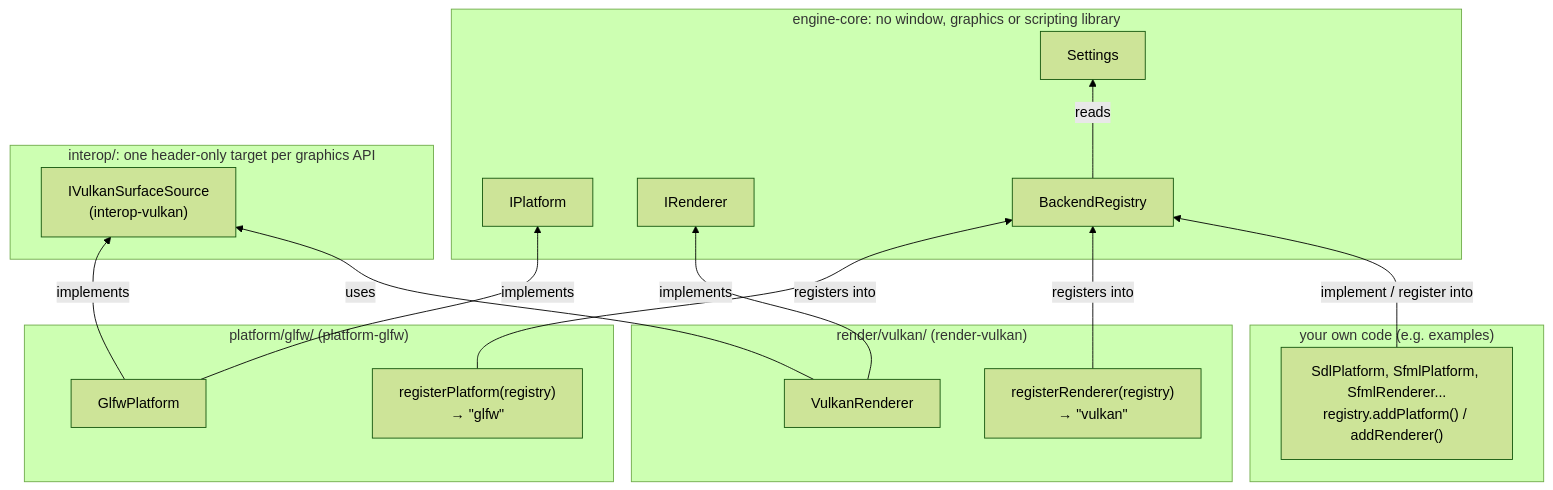
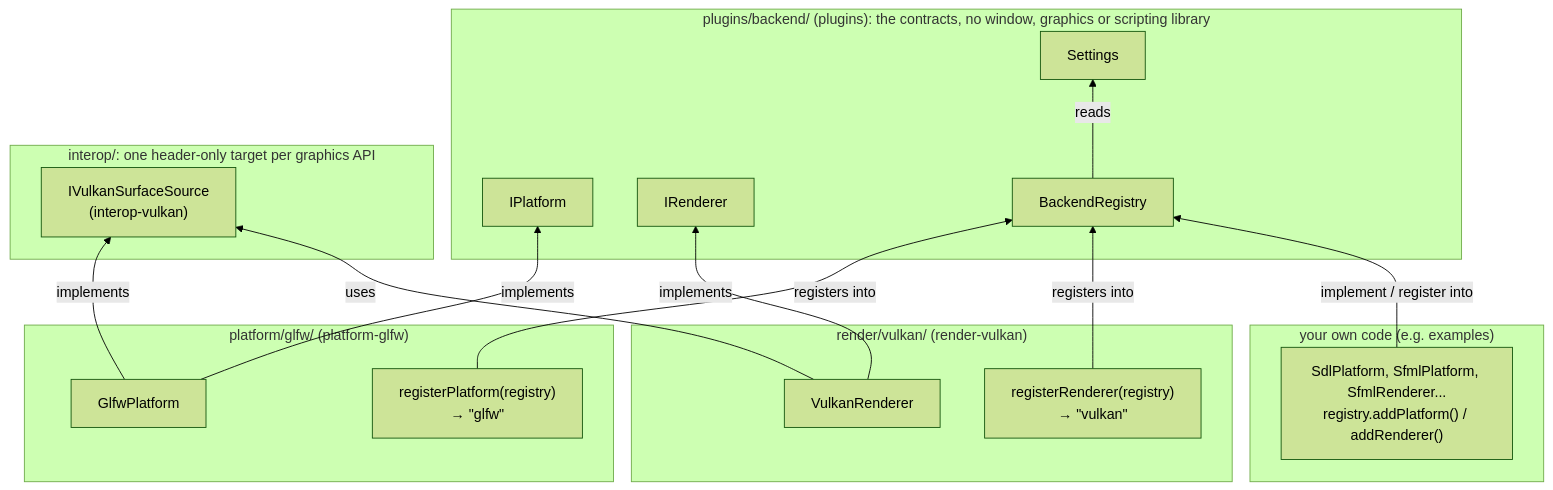
One commit to Charles-Mahoudeau/rtype changed the first of 2 diagrams in docs/Backend.md. Above: the diagram before and after it, drawn with Mermaid (forest theme). The commit also changed other lines of this file and 8 other files, not shown here.

First line of the commit message:
docs: point the backend, input and design docs at plugins/backend

````diff
--- a/docs/Backend.md
+++ b/docs/Backend.md
@@ -19,36 +19,36 @@
 ```mermaid
 flowchart BT
-    subgraph CORE["engine-core: no window, graphics or scripting library"]
+    subgraph CORE["plugins/backend/ (plugins): the contracts, no window, graphics or scripting library"]
         IP["IPlatform"]
         IR["IRenderer"]
         ST["Settings"]
         BR["BackendRegistry"]
     end
 
     subgraph INTEROP["interop/: one header-only target per graphics API"]
         IV["IVulkanSurfaceSource<br/>(interop-vulkan)"]
     end
 
     subgraph PLATFORM["platform/glfw/ (platform-glfw)"]
         GP["GlfwPlatform"]
         RP["registerPlatform(registry)<br/>→ &quot;glfw&quot;"]
     end
 
     subgraph VULKAN["render/vulkan/ (render-vulkan)"]
         VR["VulkanRenderer"]
         RR["registerRenderer(registry)<br/>→ &quot;vulkan&quot;"]
     end
 
     subgraph OWN["your own code (e.g. examples)"]
         OB["SdlPlatform, SfmlPlatform, SfmlRenderer...<br/>registry.addPlatform() / addRenderer()"]
     end
 
     GP -- implements --> IP
     GP -- implements --> IV
     VR -- implements --> IR
     VR -- uses --> IV
     RP -- registers into --> BR
     RR -- registers into --> BR
     OB -- implement / register into --> BR
     BR -- reads --> ST
 ```
````
